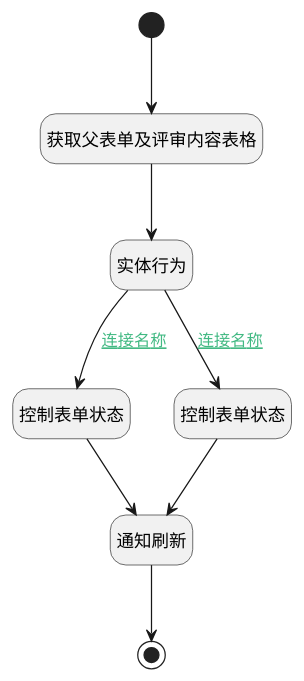
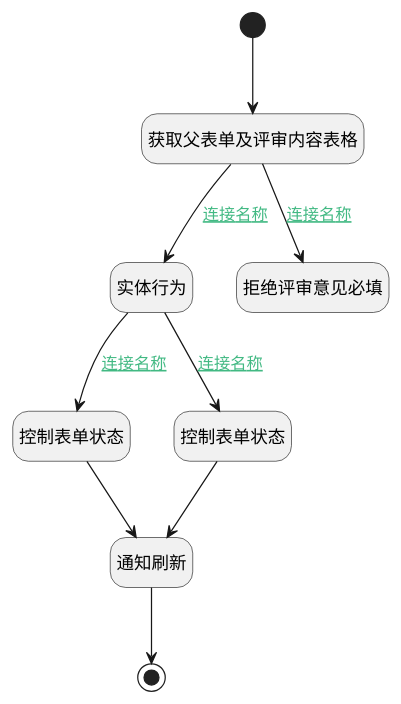
The diagram in doc/docsify/module/TestMgmt/review_result/uilogic/refuse.md (iBizLab/plm), drawn with PlantUML before and after one commit. The commit also changed other lines of this file and 799 other files, not shown here.

````diff
--- a/doc/docsify/module/TestMgmt/review_result/uilogic/refuse.md
+++ b/doc/docsify/module/TestMgmt/review_result/uilogic/refuse.md
@@ -7,30 +7,32 @@
 ```plantuml
 @startuml
 hide footbox
 <style>
 root {
   HyperlinkColor #42b983
 }
 </style>
 
 hide empty description
 state "开始" as Begin <<start>> [[$./refuse#begin {开始}]]
-state "结束" as END1 <<end>> [[$./refuse#end1 {结束}]]
-state "控制表单状态" as RAWJSCODE3  [[$./refuse#rawjscode3 {控制表单状态}]]
-state "获取父表单及评审内容表格" as PREPAREJSPARAM1  [[$./refuse#preparejsparam1 {获取父表单及评审内容表格}]]
+state "通知刷新" as RAWJSCODE4  [[$./refuse#rawjscode4 {通知刷新}]]
 state "实体行为" as DEACTION1  [[$./refuse#deaction1 {实体行为}]]
 state "控制表单状态" as RAWJSCODE2  [[$./refuse#rawjscode2 {控制表单状态}]]
-state "通知刷新" as RAWJSCODE4  [[$./refuse#rawjscode4 {通知刷新}]]
+state "获取父表单及评审内容表格" as PREPAREJSPARAM1  [[$./refuse#preparejsparam1 {获取父表单及评审内容表格}]]
+state "拒绝评审意见必填" as RAWJSCODE5  [[$./refuse#rawjscode5 {拒绝评审意见必填}]]
+state "控制表单状态" as RAWJSCODE3  [[$./refuse#rawjscode3 {控制表单状态}]]
+state "结束" as END1 <<end>> [[$./refuse#end1 {结束}]]
 
 
 Begin --> PREPAREJSPARAM1
-PREPAREJSPARAM1 --> DEACTION1
+PREPAREJSPARAM1 --> DEACTION1 : [[$./refuse#preparejsparam1-deaction1{连接名称} 连接名称]]
 DEACTION1 --> RAWJSCODE2 : [[$./refuse#deaction1-rawjscode2{连接名称} 连接名称]]
 RAWJSCODE2 --> RAWJSCODE4
 RAWJSCODE4 --> END1
 DEACTION1 --> RAWJSCODE3 : [[$./refuse#deaction1-rawjscode3{连接名称} 连接名称]]
 RAWJSCODE3 --> RAWJSCODE4
+PREPAREJSPARAM1 --> RAWJSCODE5 : [[$./refuse#preparejsparam1-rawjscode5{连接名称} 连接名称]]
 
 
 @enduml
 ```
````
